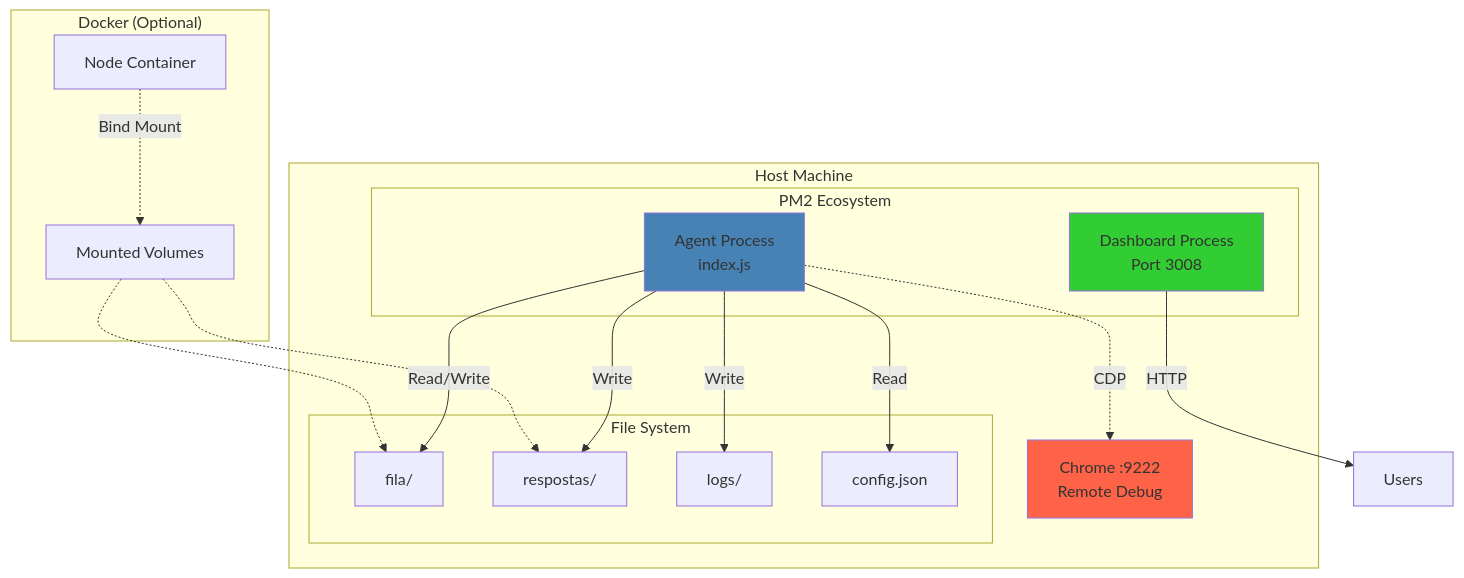
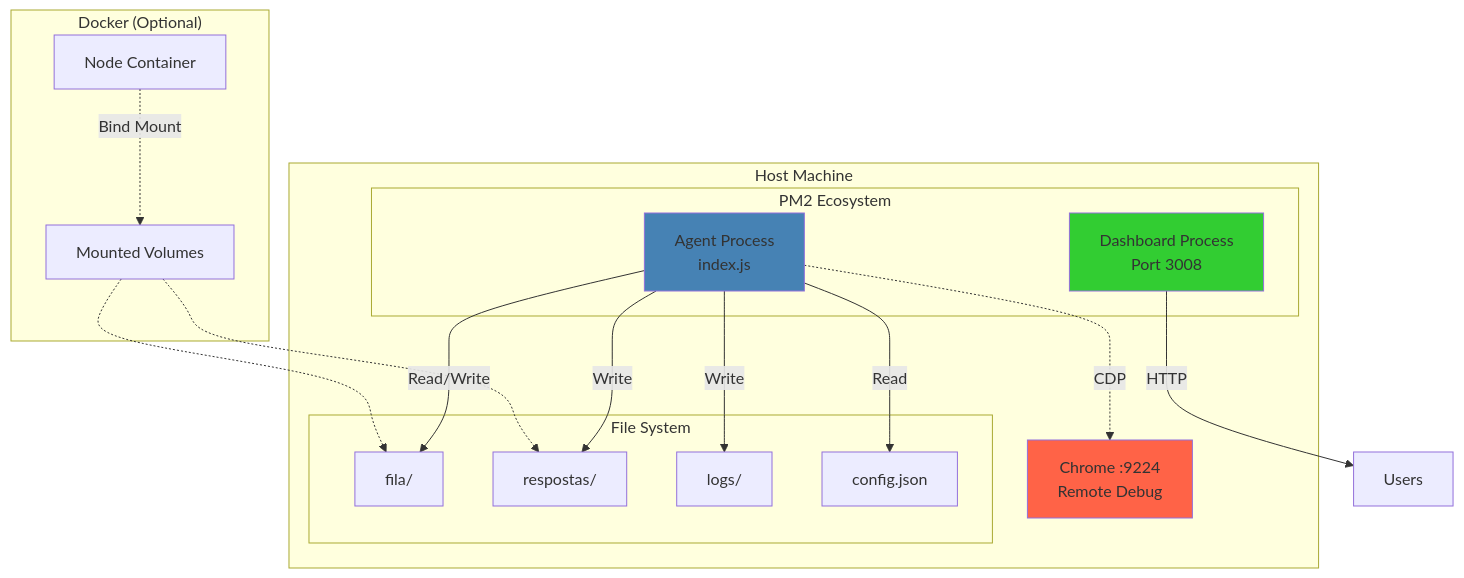
Before and after one commit to Ilenburg1993/chatgpt-docker-puppeteer: the ninth of 11 diagrams in DOCUMENTAÇÃO/ARCHITECTURE_DIAGRAMS.md, drawn with Mermaid. The commit also changed other lines of this file and 388 other files, not shown here.

````diff
--- a/DOCUMENTAÇÃO/ARCHITECTURE_DIAGRAMS.md
+++ b/DOCUMENTAÇÃO/ARCHITECTURE_DIAGRAMS.md
@@ -302,38 +302,38 @@
 ```mermaid
 graph TB
     subgraph "Host Machine"
-        Chrome[Chrome :9222<br/>Remote Debug]
+        Chrome[Chrome :9224<br/>Remote Debug]
 
         subgraph "PM2 Ecosystem"
             Agent[Agent Process<br/>index.js]
             Dashboard[Dashboard Process<br/>Port 3008]
         end
 
         subgraph "File System"
             Queue[fila/]
             Responses[respostas/]
             Logs[logs/]
             Config[config.json]
         end
     end
 
     subgraph "Docker (Optional)"
         Container[Node Container]
         Volume[Mounted Volumes]
     end
 
     Agent -.->|CDP| Chrome
     Dashboard -->|HTTP| User[Users]
     Agent -->|Read/Write| Queue
     Agent -->|Write| Responses
     Agent -->|Write| Logs
     Agent -->|Read| Config
 
     Container -.->|Bind Mount| Volume
     Volume -.-> Queue
     Volume -.-> Responses
 
     style Chrome fill:#FF6347
     style Agent fill:#4682B4
     style Dashboard fill:#32CD32
 ```
````
